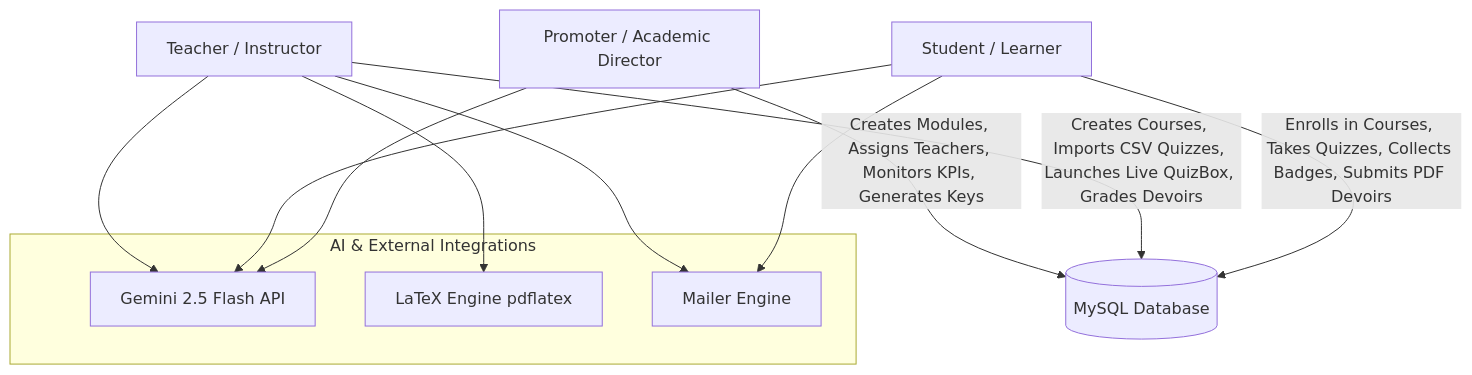
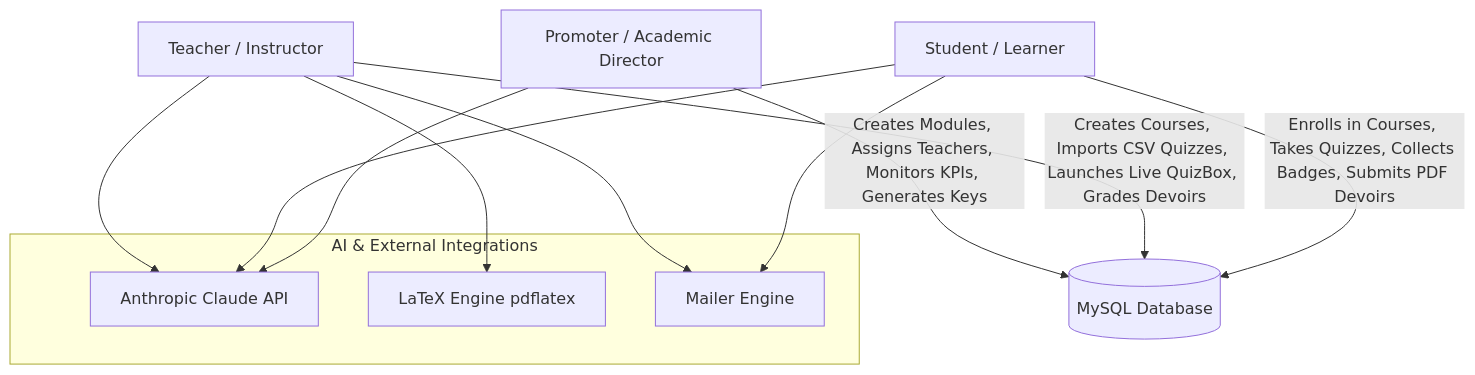
The first of 2 diagrams in StudyVibe_Consensus_MDR.md (Dany-hardi/studyvibe), drawn with Mermaid before and after one commit. The commit also changed other lines of this file and 16 other files, not shown here.

````diff
--- a/StudyVibe_Consensus_MDR.md
+++ b/StudyVibe_Consensus_MDR.md
@@ -40,19 +40,19 @@
 ```mermaid
 graph TD
     P[Promoter / Academic Director] -->|Creates Modules, Assigns Teachers, Monitors KPIs, Generates Keys| DB[(MySQL Database)]
     T[Teacher / Instructor] -->|Creates Courses, Imports CSV Quizzes, Launches Live QuizBox, Grades Devoirs| DB
     S[Student / Learner] -->|Enrolls in Courses, Takes Quizzes, Collects Badges, Submits PDF Devoirs| DB
 
     subgraph "AI & External Integrations"
-        G[Gemini 2.5 Flash API]
+        G[Anthropic Claude API]
         L[LaTeX Engine pdflatex]
         M[Mailer Engine]
     end
 
     T --> G
     S --> G
     P --> G
     T --> L
     T --> M
     S --> M
 ```
````
